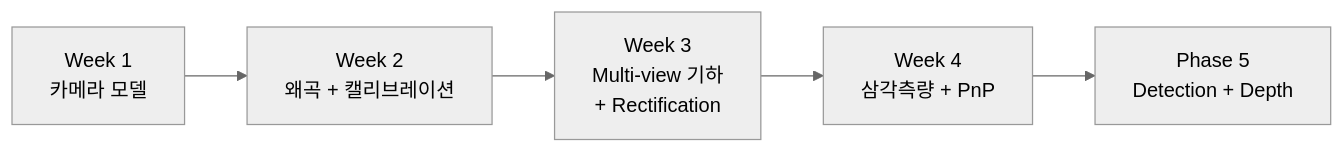
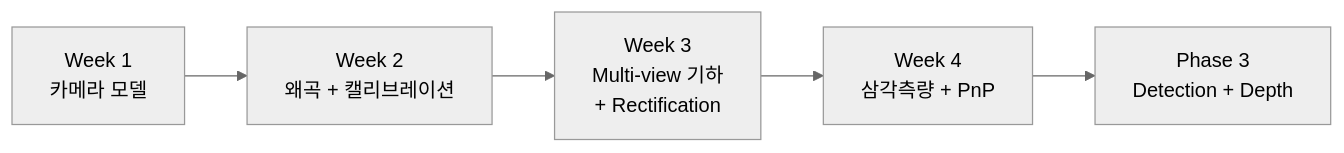
One commit to tylee-yeonge/physical-ai-study changed the diagram in Roadmap/Phase 2.md. Above: the diagram before and after it, drawn with Mermaid (neutral theme). The commit also changed other lines of this file and 177 other files, not shown here.

````diff
--- a/Roadmap/Phase 2.md
+++ b/Roadmap/Phase 2.md
@@ -47,10 +47,10 @@
 ```mermaid
 graph LR
     W1[Week 1<br/>카메라 모델]
     W2[Week 2<br/>왜곡 + 캘리브레이션]
     W3[Week 3<br/>Multi-view 기하<br/>+ Rectification]
     W4[Week 4<br/>삼각측량 + PnP]
-    P5[Phase 5<br/>Detection + Depth]
+    P5[Phase 3<br/>Detection + Depth]
 
     W1 --> W2 --> W3 --> W4 --> P5
 ```
````
